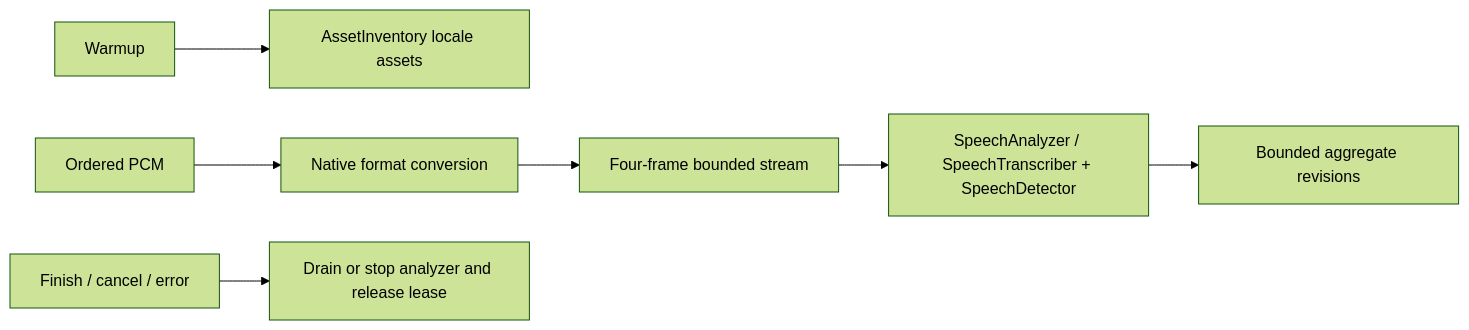
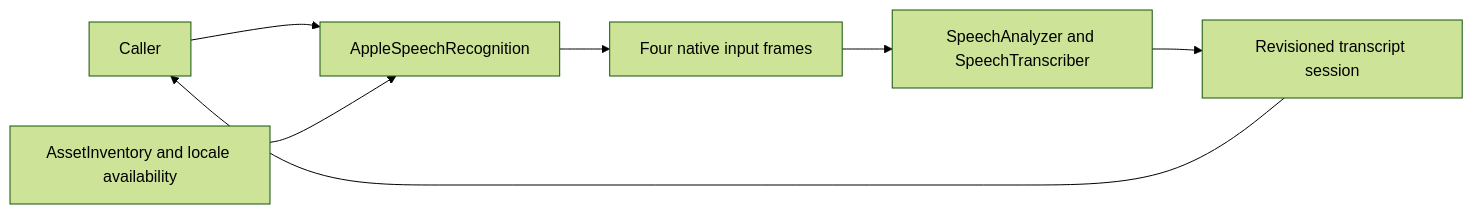
One commit to devilyouwei/MobileHarness changed the diagram in MobileHarness/ModelKit/Speech/ASR/Apple/README.md. Above: the diagram before and after it, drawn with Mermaid (forest theme). The commit also changed other lines of this file and 116 other files, not shown here.

````diff
--- a/MobileHarness/ModelKit/Speech/ASR/Apple/README.md
+++ b/MobileHarness/ModelKit/Speech/ASR/Apple/README.md
@@ -11,9 +15,9 @@
 ```mermaid
 flowchart LR
-    Warmup --> Assets[AssetInventory locale assets]
-    PCM[Ordered PCM] --> Convert[Native format conversion]
-    Convert --> Input[Four-frame bounded stream]
-    Input --> Analyzer[SpeechAnalyzer / SpeechTranscriber + SpeechDetector]
-    Analyzer --> Revisions[Bounded aggregate revisions]
-    Finish[Finish / cancel / error] --> Cleanup[Drain or stop analyzer and release lease]
+ Caller --> Adapter[AppleSpeechRecognition]
+ Assets[AssetInventory and locale availability] --> Adapter
+ Adapter --> Queue[Four native input frames]
+ Queue --> Analyzer[SpeechAnalyzer and SpeechTranscriber]
+ Analyzer --> Events[Revisioned transcript session]
+ Events --> Caller
 ```
````
